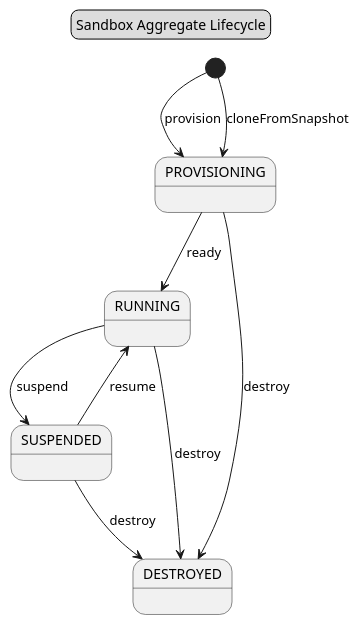
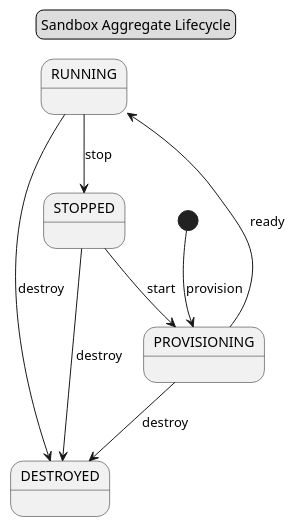
The diagram in domain/out/agent-hypervisor_BC_Isolation_Sandbox_StateDiagram.puml (phibkro/agent-hypervisor), drawn with PlantUML before and after one commit. The commit also changed 10 other files, not shown here.

First line of the commit message:
Domain model draft 3: fork from checkpoint, stop instead of snapshot, hot-plug grants, multi-host roles

```diff
--- a/domain/out/agent-hypervisor_BC_Isolation_Sandbox_StateDiagram.puml
+++ b/domain/out/agent-hypervisor_BC_Isolation_Sandbox_StateDiagram.puml
@@ -1,23 +1,22 @@
 @startuml
 
 skinparam componentStyle uml2
 
 RUNNING : 
-SUSPENDED : 
+STOPPED : 
 DESTROYED : 
 PROVISIONING : 
 [*] --> PROVISIONING : provision
 PROVISIONING --> RUNNING : ready
-RUNNING --> SUSPENDED : suspend
-SUSPENDED --> RUNNING : resume
+RUNNING --> STOPPED : stop
+STOPPED --> PROVISIONING : start
 RUNNING --> DESTROYED : destroy
-SUSPENDED --> DESTROYED : destroy
+STOPPED --> DESTROYED : destroy
 PROVISIONING --> DESTROYED : destroy
-[*] --> PROVISIONING : cloneFromSnapshot
 
 
 legend top center
   Sandbox Aggregate Lifecycle
 endlegend
 
 @enduml
```
